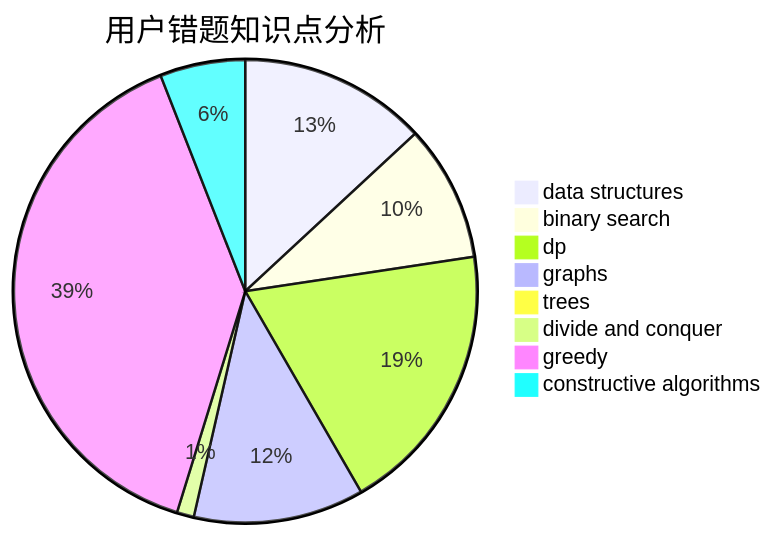
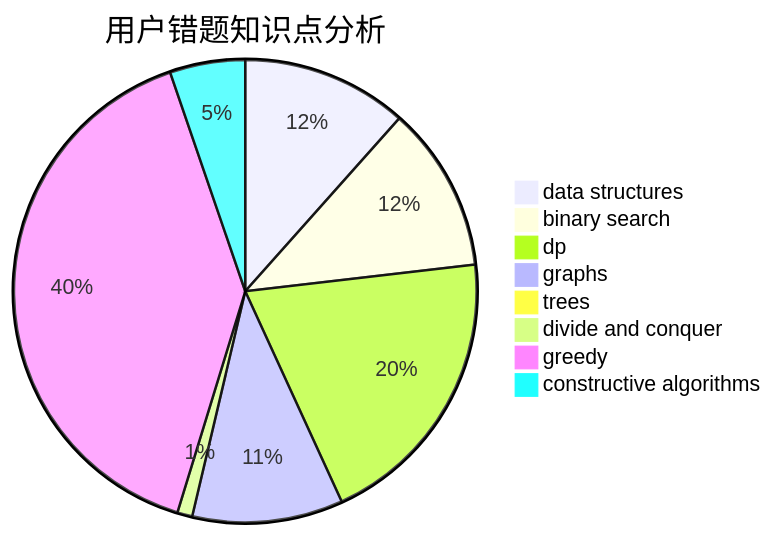
The third of 3 diagrams in docs/user/u1174.md (sherpahu/cfrs.github.io), drawn with Mermaid before and after one commit. The commit also changed other lines of this file and 2770 other files, not shown here.

````diff
--- a/docs/user/u1174.md
+++ b/docs/user/u1174.md
@@ -36,11 +36,11 @@
 ```mermaid
 pie title 用户错题知识点分析
     "data structures" :  11
-    "binary search" :  8
-    "dp" :  16
+    "binary search" :  11
+    "dp" :  19
     "graphs" :  10
     "trees" :  0
     "divide and conquer" :  1
-    "greedy" :  33
+    "greedy" :  38
     "constructive algorithms" :  5
 ```
````
